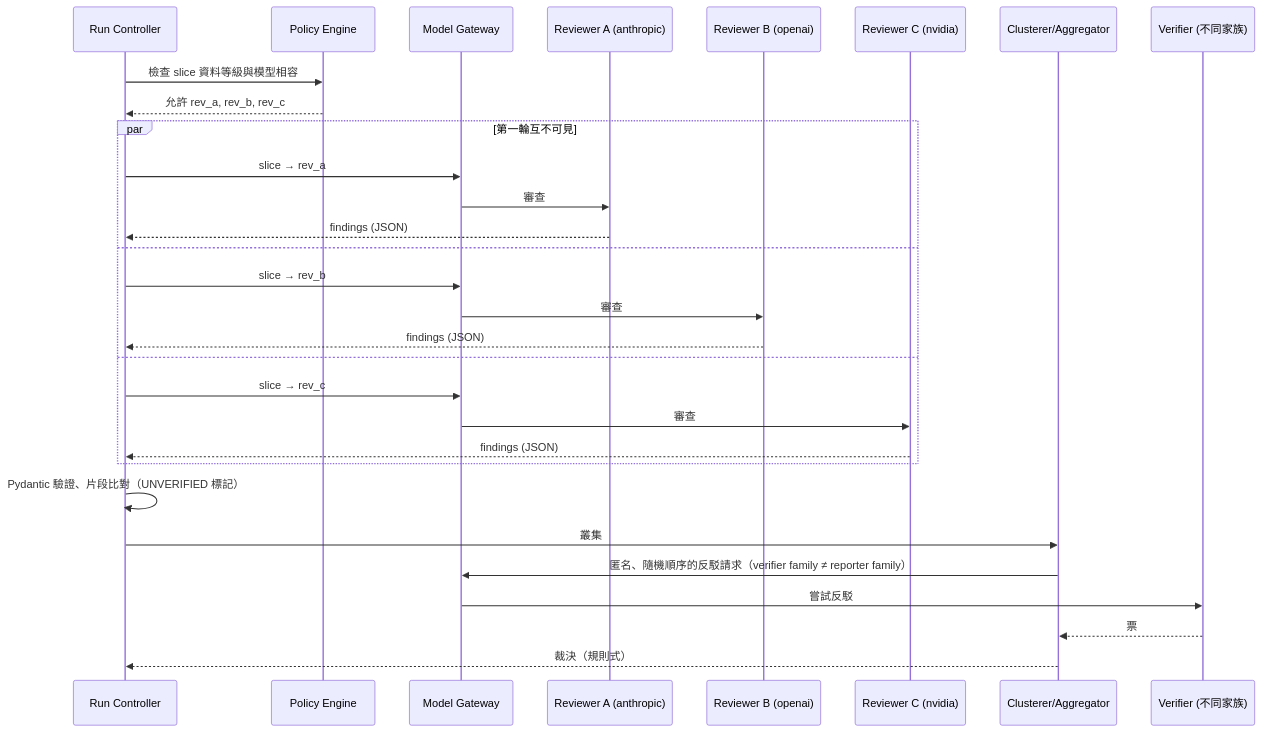
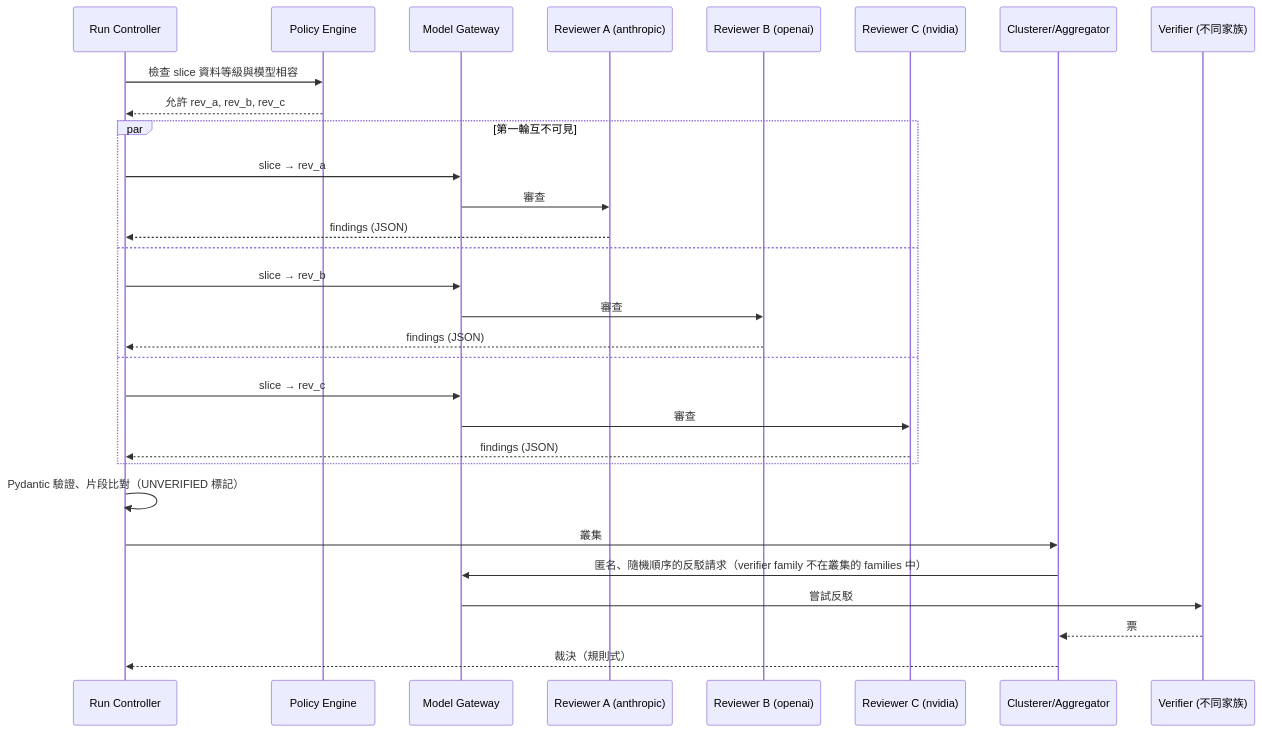
One commit to chinchiang/VibeCheckHarness changed the fifth of 6 diagrams in docs/03-system-architecture.md. Above: the diagram before and after it, drawn with Mermaid. The commit also changed other lines of this file and 30 other files, not shown here.

````diff
--- a/docs/03-system-architecture.md
+++ b/docs/03-system-architecture.md
@@ -481,32 +500,32 @@
 ```mermaid
 sequenceDiagram
   participant RC as Run Controller
   participant PE as Policy Engine
   participant GW as Model Gateway
   participant RA as Reviewer A (anthropic)
   participant RB as Reviewer B (openai)
   participant RN as Reviewer C (nvidia)
   participant AGG as Clusterer/Aggregator
   participant VF as Verifier (不同家族)
   RC->>PE: 檢查 slice 資料等級與模型相容
   PE-->>RC: 允許 rev_a, rev_b, rev_c
   par 第一輪互不可見
     RC->>GW: slice → rev_a
     GW->>RA: 審查
     RA-->>RC: findings (JSON)
   and
     RC->>GW: slice → rev_b
     GW->>RB: 審查
     RB-->>RC: findings (JSON)
   and
     RC->>GW: slice → rev_c
     GW->>RN: 審查
     RN-->>RC: findings (JSON)
   end
   RC->>RC: Pydantic 驗證、片段比對（UNVERIFIED 標記）
   RC->>AGG: 叢集
-  AGG->>GW: 匿名、隨機順序的反駁請求（verifier family ≠ reporter family）
+  AGG->>GW: 匿名、隨機順序的反駁請求（verifier family 不在叢集的 families 中）
   GW->>VF: 嘗試反駁
   VF-->>AGG: 票
   AGG-->>RC: 裁決（規則式）
 ```
````
